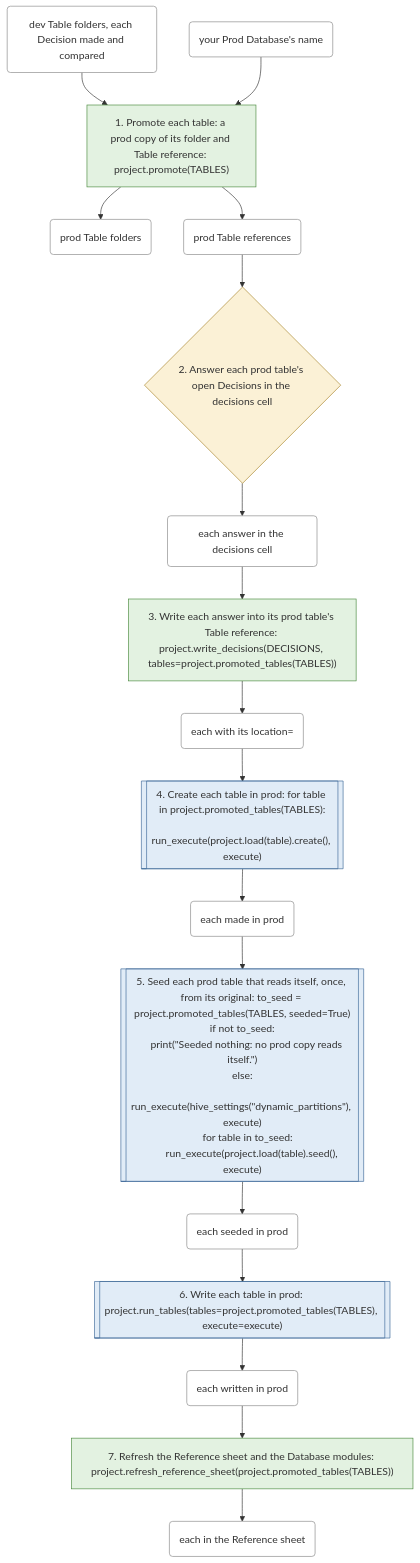
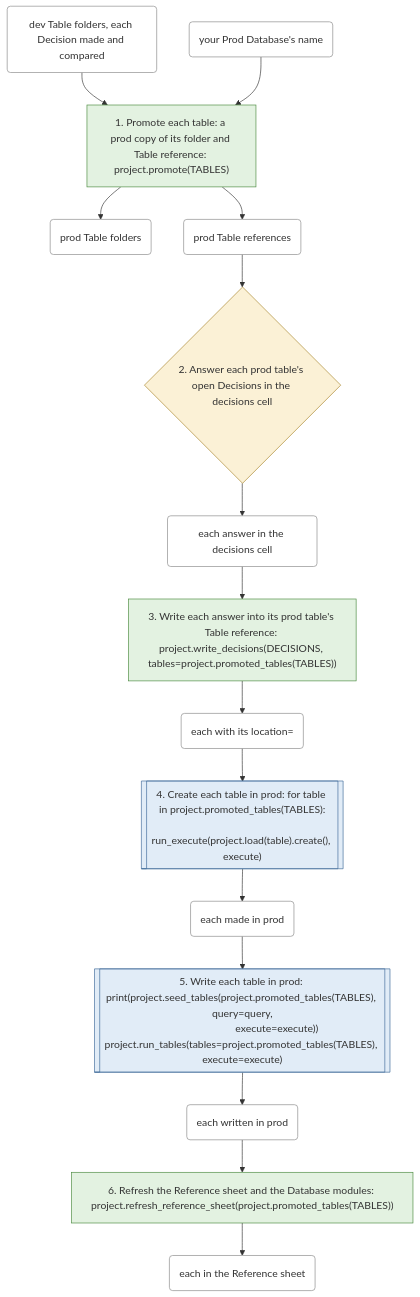
One commit to EdgyPage/SQL-Composer changed the second of 7 diagrams in docs/workflows.md. Above: the diagram before and after it, drawn with Mermaid. The commit also changed other lines of this file and 44 other files, not shown here.

First line of the commit message:
feat(8.10): every History table seeded once before its first write, limited by {"months": N} (toolbox-8-10 ticket 05)

````diff
--- a/docs/workflows.md
+++ b/docs/workflows.md
@@ -103,47 +95,39 @@
 ```mermaid
 flowchart TD
     s0["1. Promote each table: a prod copy of its folder and Table reference: project.promote(TABLES)"]:::files_only
     s1{"2. Answer each prod table's open Decisions in the decisions cell"}:::your_decision
     s2["3. Write each answer into its prod table's Table reference: project.write_decisions(DECISIONS, tables=project.promoted_tables(TABLES))"]:::files_only
     s3[["4. Create each table in prod: for table in project.promoted_tables(TABLES):
     run_execute(project.load(table).create(), execute)"]]:::warehouse_call
-    s4[["5. Seed each prod table that reads itself, once, from its original: to_seed = project.promoted_tables(TABLES, seeded=True)
-if not to_seed:
-    print(#quot;Seeded nothing: no prod copy reads itself.#quot;)
-else:
-    run_execute(hive_settings(#quot;dynamic_partitions#quot;), execute)
-    for table in to_seed:
-        run_execute(project.load(table).seed(), execute)"]]:::warehouse_call
-    s5[["6. Write each table in prod: project.run_tables(tables=project.promoted_tables(TABLES), execute=execute)"]]:::warehouse_call
-    s6["7. Refresh the Reference sheet and the Database modules: project.refresh_reference_sheet(project.promoted_tables(TABLES))"]:::files_only
+    s4[["5. Write each table in prod: print(project.seed_tables(project.promoted_tables(TABLES), query=query,
+                          execute=execute))
+project.run_tables(tables=project.promoted_tables(TABLES), execute=execute)"]]:::warehouse_call
+    s5["6. Refresh the Reference sheet and the Database modules: project.refresh_reference_sheet(project.promoted_tables(TABLES))"]:::files_only
     t0("dev Table folders, each Decision made and compared"):::thing
     t1("your Prod Database's name"):::thing
     t2("prod Table folders"):::thing
     t3("prod Table references"):::thing
     t4("each answer in the decisions cell"):::thing
     t5("each with its location="):::thing
     t6("each made in prod"):::thing
-    t7("each seeded in prod"):::thing
-    t8("each written in prod"):::thing
-    t9("each in the Reference sheet"):::thing
+    t7("each written in prod"):::thing
+    t8("each in the Reference sheet"):::thing
     t0 --> s0
     t1 --> s0
     s0 --> t2
     s0 --> t3
     t3 --> s1
     s1 --> t4
     t4 --> s2
     s2 --> t5
     t5 --> s3
     s3 --> t6
     t6 --> s4
     s4 --> t7
     t7 --> s5
     s5 --> t8
-    t8 --> s6
-    s6 --> t9
     classDef files_only fill:#e3f2e1,stroke:#4a8a3f
     classDef warehouse_call fill:#e1ecf7,stroke:#3f6a9a
     classDef your_decision fill:#fbf1d6,stroke:#a8842a
     classDef thing fill:#ffffff,stroke:#888888
 ```
````
